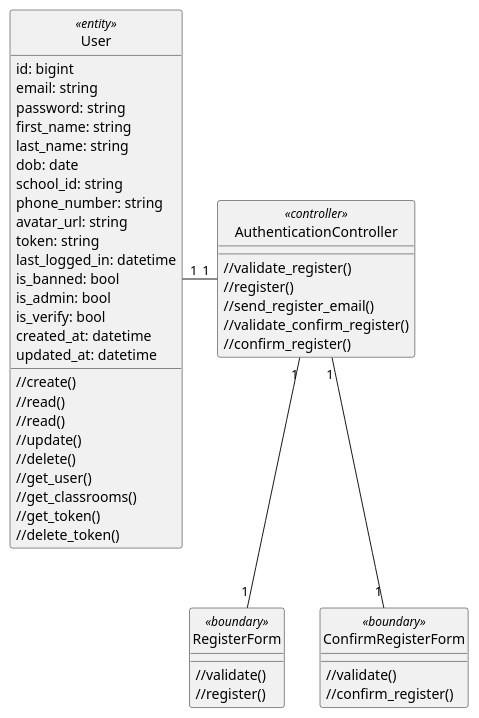
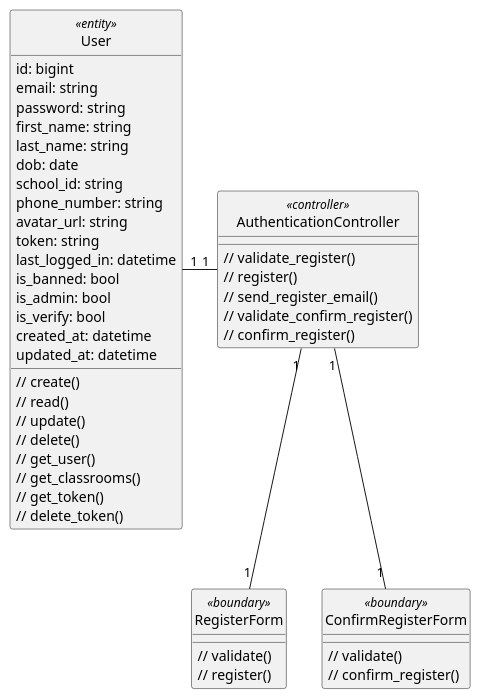
The diagram in class - analysis/authentication/register.plantuml (anonyhostvn/OOAD-Diagram), drawn with PlantUML before and after one commit. The commit also changed 9 other files, not shown here.

Commit message:
authentication Class diagram update2

```diff
--- a/class - analysis/authentication/register.plantuml
+++ b/class - analysis/authentication/register.plantuml
@@ -1,61 +1,60 @@
 @startuml login
 
 class User <<entity>> {
     id: bigint
     email: string
     password: string
     first_name: string
     last_name: string
     dob: date
     school_id: string
     phone_number: string
     avatar_url: string
     token: string
     last_logged_in: datetime
     is_banned: bool
     is_admin: bool
     is_verify: bool
     created_at: datetime
     updated_at: datetime
 
-    //create()
-    //read()
-    //read()
-    //update()
-    //delete()
-    //get_user()
-    //get_classrooms()
-    //get_token()
-    //delete_token()
+    // create()
+    // read()
+    // update()
+    // delete()
+    // get_user()
+    // get_classrooms()
+    // get_token()
+    // delete_token()
 }
 
 class RegisterForm <<boundary>> {
-    //validate()
-    //register()
+    // validate()
+    // register()
 }
 
 class ConfirmRegisterForm <<boundary>> {
-    //validate()
-    //confirm_register()
+    // validate()
+    // confirm_register()
 }
 
 class AuthenticationController <<controller>> {
-    //validate_register()
-    //register()
-    //send_register_email()
-    //validate_confirm_register()
-    //confirm_register()
+    // validate_register()
+    // register()
+    // send_register_email()
+    // validate_confirm_register()
+    // confirm_register()
 }
 
 hide User <<entity>> circle
 hide RegisterForm <<boundary>> circle
 hide ConfirmRegisterForm <<boundary>> circle
 hide AuthenticationController <<controller>> circle
 
 AuthenticationController "1" -left- "1" User
 AuthenticationController "1" -down- "1" ConfirmRegisterForm
 AuthenticationController "1" -down- "1" RegisterForm
 
 
 
 @enduml
```
